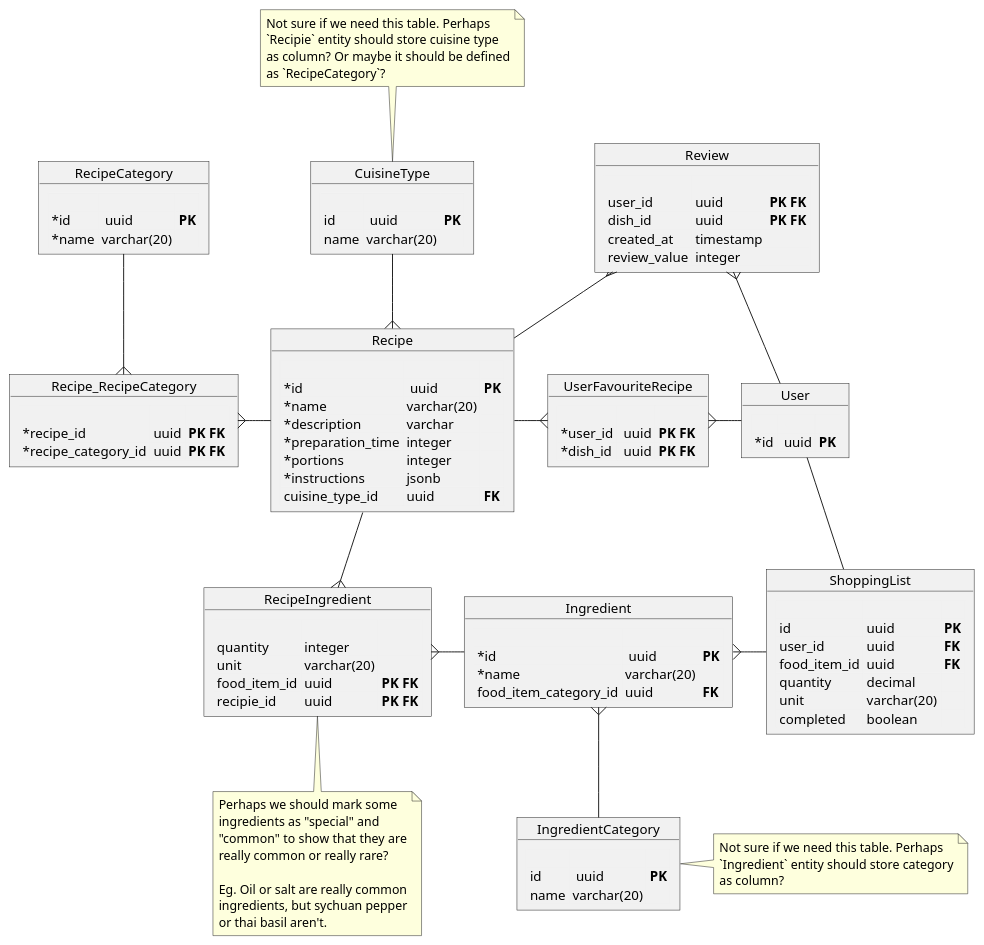
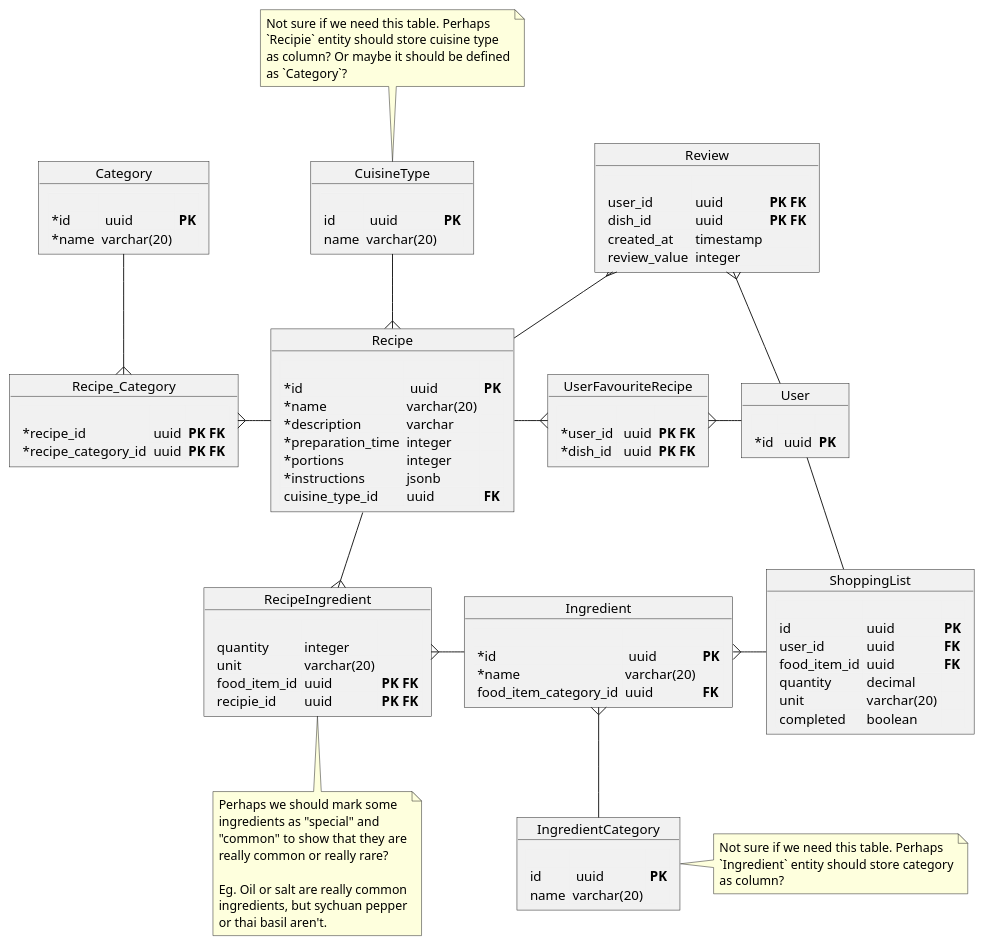
The diagram in docs/db-schema.puml (oskarski/inzynierka), drawn with PlantUML before and after one commit.

Commit message:
fixed naming in DB schema

```diff
--- a/docs/db-schema.puml
+++ b/docs/db-schema.puml
@@ -1,117 +1,117 @@
 @startuml
 object Recipe  {
     <#F1F1F1,#F1F1F1>|= |= |= |
     | *id |  uuid | **PK** |
     | *name | varchar(20) |
     | *description | varchar |
     | *preparation_time | integer |
     | *portions | integer |
     | *instructions | jsonb |
     | cuisine_type_id | uuid | **FK** |
 }
 
 object RecipeIngredient {
   <#F1F1F1,#F1F1F1>|= |= |= |
     | quantity | integer |
     | unit | varchar(20) |
     | food_item_id | uuid| **PK** **FK** |
     | recipie_id | uuid | **PK** **FK** |
 }
 
 note bottom of RecipeIngredient
     Perhaps we should mark some
     ingredients as "special" and
     "common" to show that they are
     really common or really rare?
 
     Eg. Oil or salt are really common
     ingredients, but sychuan pepper
     or thai basil aren't.
 end note
 
 object Ingredient {
   <#F1F1F1,#F1F1F1>|= |= |= |
     | *id |  uuid | **PK** |
     | *name | varchar(20) |
     | food_item_category_id | uuid | **FK** |
 }
 
 object IngredientCategory {
   <#F1F1F1,#F1F1F1>|= |= |= |
     | id |  uuid | **PK** |
     | name | varchar(20) |
 }
 
 note right of IngredientCategory
     Not sure if we need this table. Perhaps
     `Ingredient` entity should store category
     as column?
 end note
 
 object CuisineType {
     <#F1F1F1,#F1F1F1>|= |= |= |
     | id |  uuid | **PK** |
     | name | varchar(20) |
 }
 
 note top of CuisineType
     Not sure if we need this table. Perhaps
     `Recipie` entity should store cuisine type
     as column? Or maybe it should be defined
-    as `RecipeCategory`?
+    as `Category`?
 end note
 
-object RecipeCategory {
+object Category {
     <#F1F1F1,#F1F1F1>|= |= |= |
     | *id |  uuid | **PK** |
     | *name | varchar(20) |
 }
 
-object Recipe_RecipeCategory {
+object Recipe_Category {
     <#F1F1F1,#F1F1F1>|= |= |= |
     | *recipe_id | uuid | **PK FK** |
     | *recipe_category_id | uuid | **PK FK** |
 }
 
 object User {
     <#F1F1F1,#F1F1F1>|= |= |= |
     | *id |  uuid | **PK** |
 }
 
 object UserFavouriteRecipe {
     <#F1F1F1,#F1F1F1>|= |= |= |
     | *user_id |  uuid | **PK FK** |
     | *dish_id |  uuid | **PK FK** |
 }
 
 object Review {
     <#F1F1F1,#F1F1F1>|= |= |= |
     | user_id | uuid | **PK FK** |
     | dish_id | uuid | **PK FK** |
     | created_at | timestamp | |
     | review_value | integer | |
 }
 
 object ShoppingList {
     <#F1F1F1,#F1F1F1>|= |= |= |
     | id | uuid | **PK** |
     | user_id | uuid | **FK** |
     | food_item_id | uuid | **FK** |
     | quantity | decimal | |
     | unit | varchar(20) | |
     | completed | boolean | |
 }
 
 Recipe -down-{ RecipeIngredient
 RecipeIngredient }-right- Ingredient
 Ingredient }-- IngredientCategory
 Recipe }-up- CuisineType
-Recipe -left-{ Recipe_RecipeCategory
-Recipe_RecipeCategory }-up- RecipeCategory
+Recipe -left-{ Recipe_Category
+Recipe_Category }-up- Category
 Recipe -right-{ UserFavouriteRecipe
 UserFavouriteRecipe }-right- User
 Recipe -up-{ Review
 Review }-down- User
 User -- ShoppingList
 ShoppingList -left-{ Ingredient
 @enduml
```
